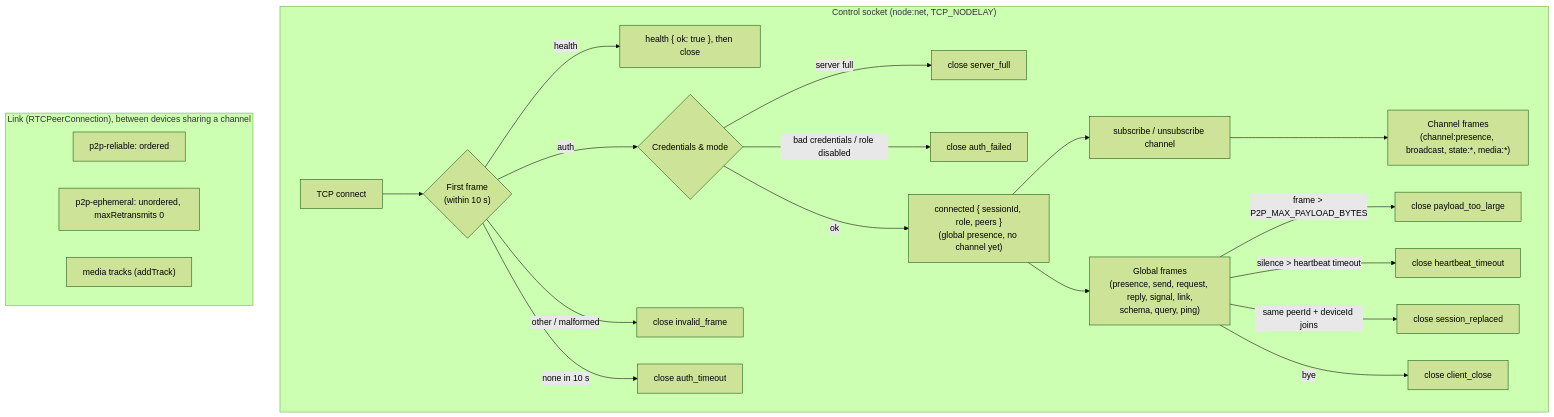
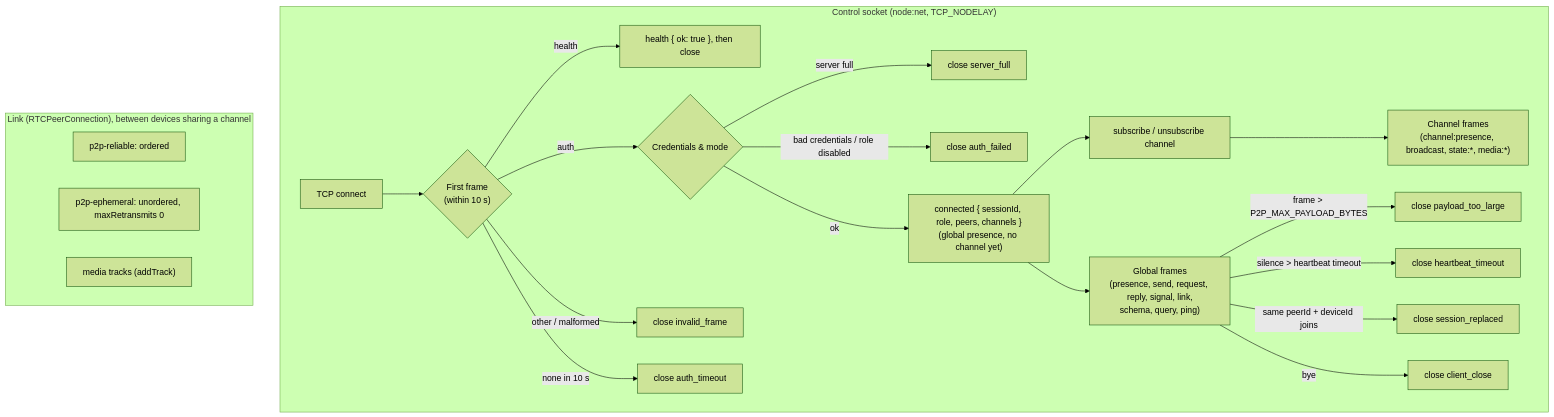
One commit to fullstackedorg/p2p changed the diagram in docs/1-concepts/protocol-spec.md. Above: the diagram before and after it, drawn with Mermaid (forest theme). The commit also changed other lines of this file and 47 other files, not shown here.

````diff
--- a/docs/1-concepts/protocol-spec.md
+++ b/docs/1-concepts/protocol-spec.md
@@ -3,26 +3,26 @@
 ```mermaid
 flowchart TD
     subgraph Conn["Control socket (node:net, TCP_NODELAY)"]
         TCP["TCP connect"] --> Pre{"First frame\n(within 10 s)"}
         Pre -->|"health"| Health["health { ok: true }, then close"]
         Pre -->|"auth"| Verify{"Credentials & mode"}
         Pre -->|"other / malformed"| CInvalid["close invalid_frame"]
         Pre -->|"none in 10 s"| CTimeout["close auth_timeout"]
         Verify -->|"server full"| CFull["close server_full"]
         Verify -->|"bad credentials / role disabled"| CAuth["close auth_failed"]
-        Verify -->|"ok"| Connected["connected { sessionId, role, peers }\n(global presence, no channel yet)"]
+        Verify -->|"ok"| Connected["connected { sessionId, role, peers, channels }\n(global presence, no channel yet)"]
         Connected --> Global["Global frames\n(presence, send, request, reply, signal, link,\nschema, query, ping)"]
         Connected --> Channels["subscribe / unsubscribe channel"]
         Channels --> Scoped["Channel frames\n(channel:presence, broadcast, state:*, media:*)"]
         Global -->|"frame > P2P_MAX_PAYLOAD_BYTES"| CPayload["close payload_too_large"]
         Global -->|"silence > heartbeat timeout"| CHb["close heartbeat_timeout"]
         Global -->|"same peerId + deviceId joins"| CRep["close session_replaced"]
         Global -->|"bye"| CBye["close client_close"]
     end
 
     subgraph Link["Link (RTCPeerConnection), between devices sharing a channel"]
         Rel["p2p-reliable: ordered"]
         Eph["p2p-ephemeral: unordered, maxRetransmits 0"]
         Media["media tracks (addTrack)"]
     end
 ```
````
